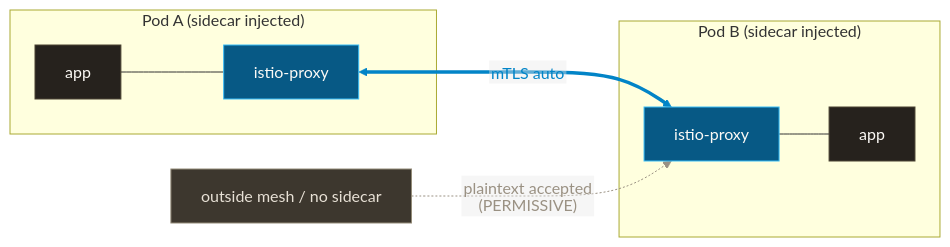
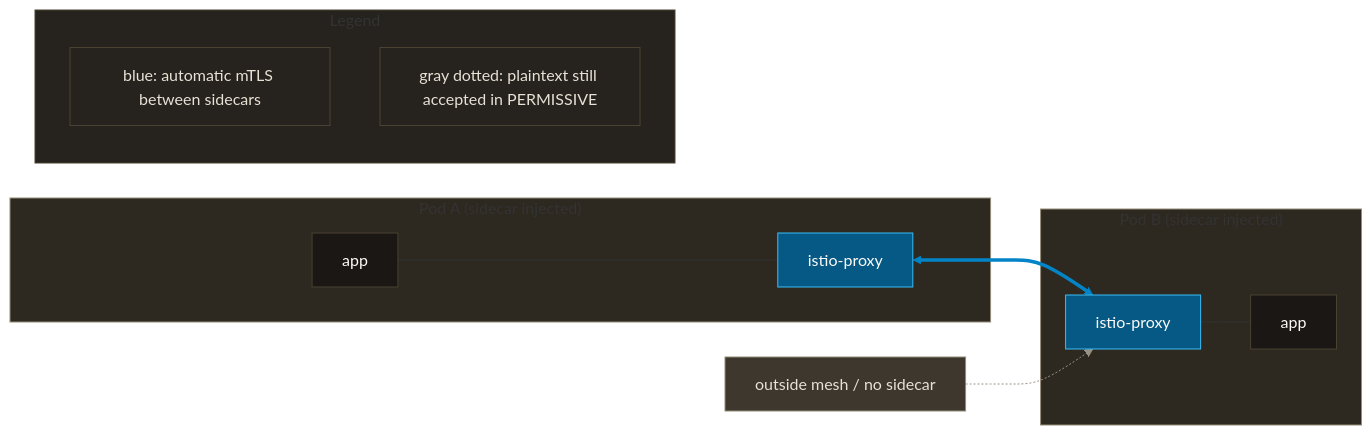
The third of 3 diagrams in kubernetes/network/README.md (yu-min3/kensan-lab), drawn with Mermaid before and after one commit. The commit also changed other lines of this file, not shown here.

Commit message:
docs: Network図の矢印ラベルを凡例化

````diff
--- a/kubernetes/network/README.md
+++ b/kubernetes/network/README.md
@@ -86,22 +97,33 @@
 ```mermaid
 %%{init: {"flowchart": {"htmlLabels": false}} }%%
 flowchart LR
     subgraph P1["Pod A (sidecar injected)"]
         App1[app] --- SC1[istio-proxy]
     end
     subgraph P2["Pod B (sidecar injected)"]
         SC2[istio-proxy] --- App2[app]
     end
     Out["outside mesh / no sidecar"]
 
-    SC1 <==>|"mTLS auto"| SC2
-    Out -.->|"plaintext accepted<br/>(PERMISSIVE)"| SC2
+    SC1 <==> SC2
+    Out -.-> SC2
 
-    classDef default fill:#26221D,stroke:#4A4232,color:#FCFAF6
+    subgraph Key["Legend"]
+        MT["blue: automatic mTLS between sidecars"]
+        PT["gray dotted: plaintext still accepted in PERMISSIVE"]
+    end
+
+    style P1 fill:#2D2820,stroke:#948B79,color:#FCFAF6
+    style P2 fill:#2D2820,stroke:#948B79,color:#FCFAF6
+    style Key fill:#26221D,stroke:#4A4232,color:#FCFAF6
+    classDef app fill:#1A1714,stroke:#4A4232,color:#FCFAF6
     classDef proxy fill:#075985,stroke:#38BDF8,color:#FCFAF6
     classDef plain fill:#3D372E,stroke:#948B79,color:#E8E1D6
+    classDef note fill:#26221D,stroke:#4A4232,color:#E8E1D6
+    class App1,App2 app
     class SC1,SC2 proxy
     class Out plain
+    class MT,PT note
     linkStyle 2 stroke:#0284C7,color:#0284C7
     linkStyle 3 stroke:#9A9183,color:#9A9183
 ```
````
